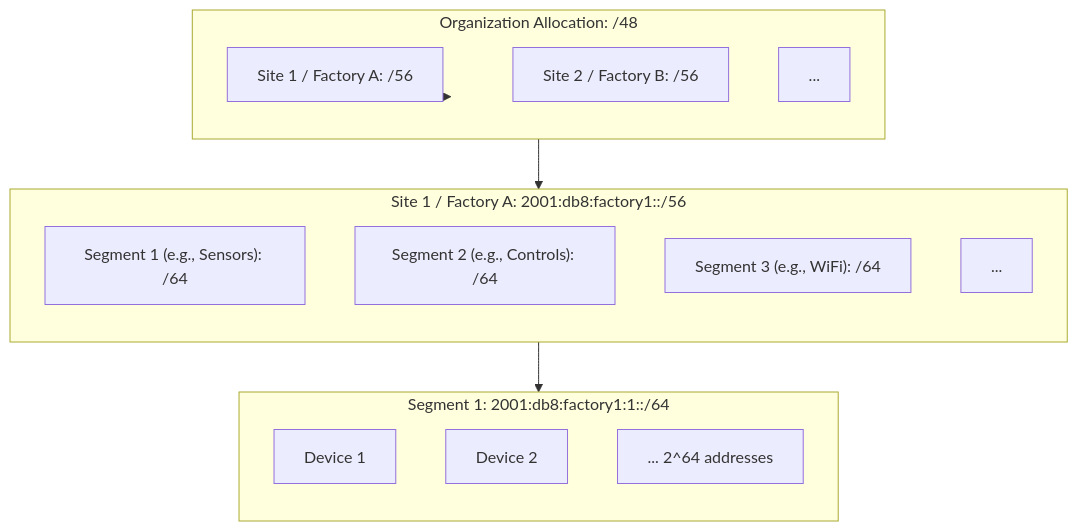
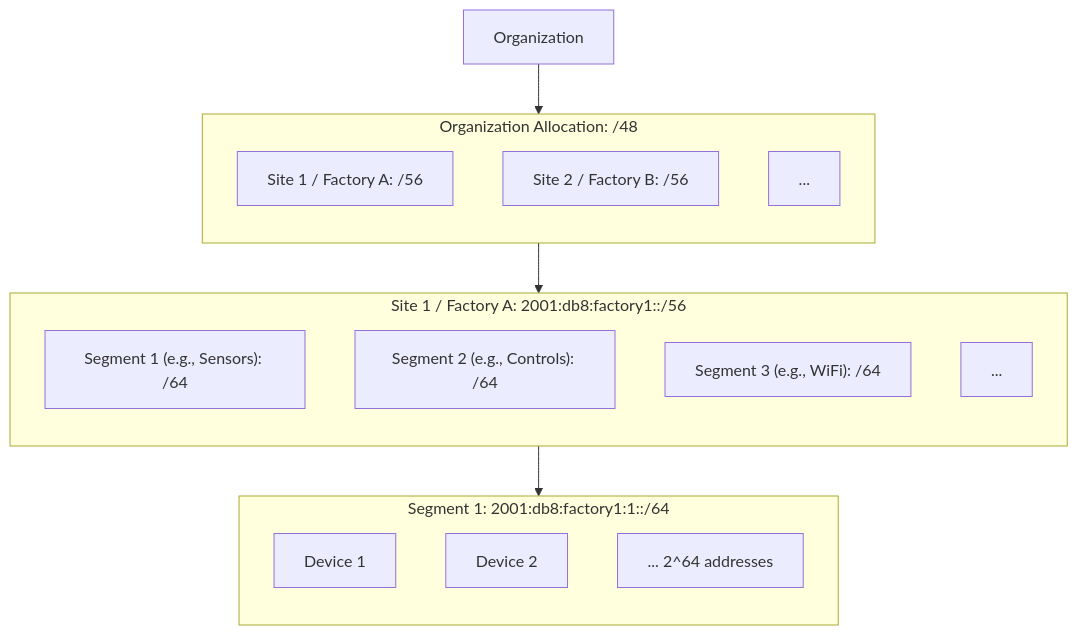
Before and after one commit to yonz2/sonic-wan: the fourth of 6 diagrams in Secure-Sonic-WAN/secure-sonic-wan2.md, drawn with Mermaid. The commit also changed other lines of this file and 1 other file, not shown here.

Commit message:
Mermaid syntax issues

````diff
--- a/Secure-Sonic-WAN/secure-sonic-wan2.md
+++ b/Secure-Sonic-WAN/secure-sonic-wan2.md
@@ -266,28 +267,28 @@
 ```mermaid
 graph TD
-    subgraph Organization ["Organization Allocation: /48"]
+    subgraph "Organization Allocation: /48"
         direction TB
         F1["Site 1 / Factory A: /56"]
         F2["Site 2 / Factory B: /56"]
         F3["..."]
     end
 
-    subgraph Factory_A ["Site 1 / Factory A: 2001:db8:factory1::/56"]
+    subgraph "Site 1 / Factory A: 2001:db8:factory1::/56"
         direction TB
         S1["Segment 1 (e.g., Sensors): /64"]
         S2["Segment 2 (e.g., Controls): /64"]
         S3["Segment 3 (e.g., WiFi): /64"]
         S4["..."]
     end
-    
-    subgraph Segment_1 ["Segment 1: 2001:db8:factory1:1::/64"]
+
+    subgraph "Segment 1: 2001:db8:factory1:1::/64"
         direction TB
-        D1[Device 1]
-        D2[Device 2]
+        D1["Device 1"]
+        D2["Device 2"]
         D3["... 2^64 addresses"]
     end
 
     Organization --> F1
     F1 --> S1
     S1 --> D1
 ```
````
